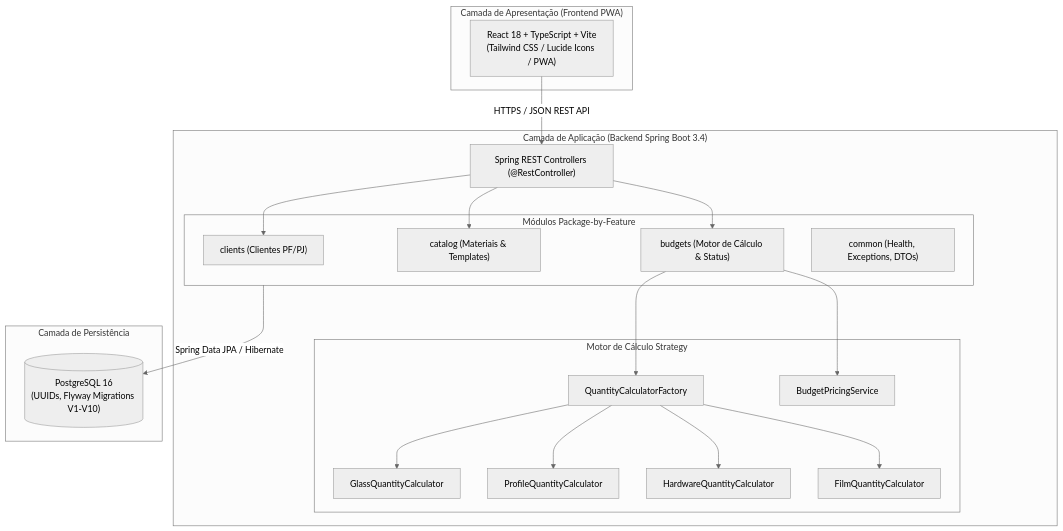
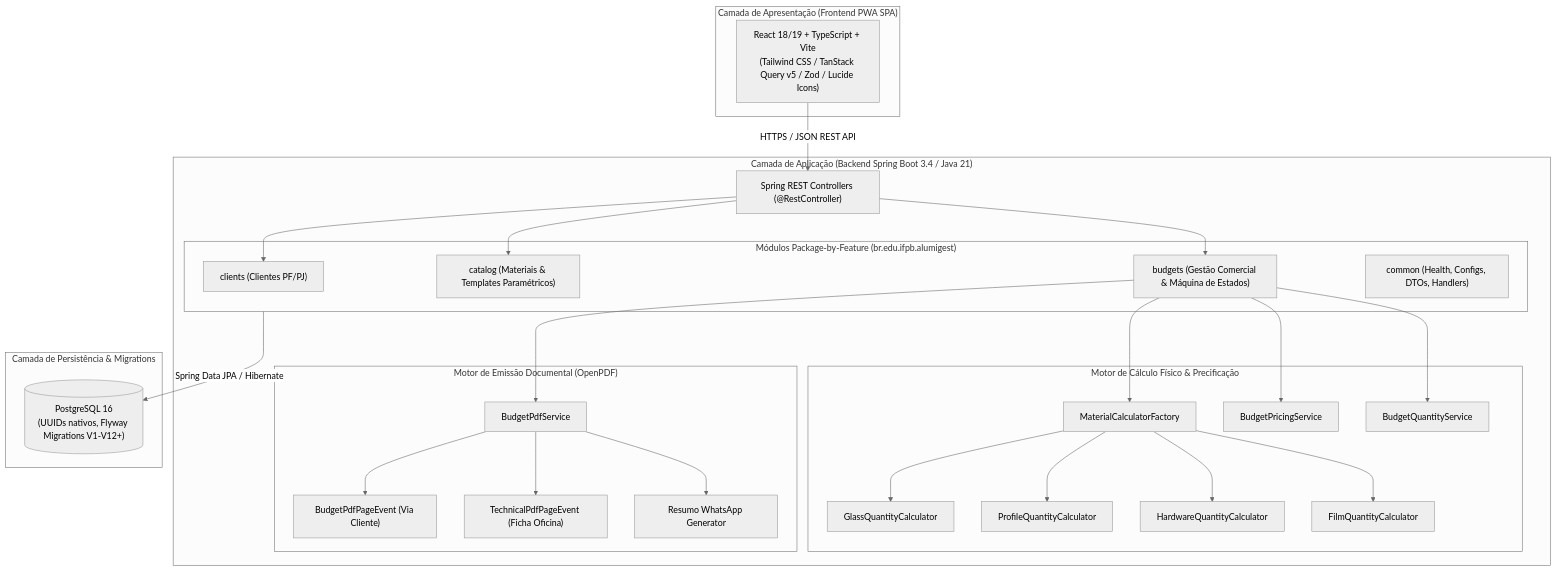
Before and after one commit to ADS-IFPB-SR/alumigest: the first of 2 diagrams in docs/sistema/001-analise-projeto/ARQ-Documento_de_Arquitetura.md, drawn with Mermaid (neutral theme). The commit also changed other lines of this file and 431 other files, not shown here.

````diff
--- a/docs/sistema/001-analise-projeto/ARQ-Documento_de_Arquitetura.md
+++ b/docs/sistema/001-analise-projeto/ARQ-Documento_de_Arquitetura.md
@@ -27,42 +29,55 @@
 ```mermaid
 graph TD
-    subgraph Cliente["Camada de Apresentação (Frontend PWA)"]
-        Browser["React 18 + TypeScript + Vite<br>(Tailwind CSS / Lucide Icons / PWA)"]
+    subgraph Cliente["Camada de Apresentação (Frontend PWA SPA)"]
+        Browser["React 18/19 + TypeScript + Vite<br>(Tailwind CSS / TanStack Query v5 / Zod / Lucide Icons)"]
     end
 
-    subgraph Servidor["Camada de Aplicação (Backend Spring Boot 3.4)"]
+    subgraph Servidor["Camada de Aplicação (Backend Spring Boot 3.4 / Java 21)"]
         API["Spring REST Controllers (@RestController)"]
         
-        subgraph Modulos["Módulos Package-by-Feature"]
+        subgraph Modulos["Módulos Package-by-Feature (br.edu.ifpb.alumigest)"]
             ClientsMod["clients (Clientes PF/PJ)"]
-            CatalogMod["catalog (Materiais & Templates)"]
-            BudgetsMod["budgets (Motor de Cálculo & Status)"]
-            CommonMod["common (Health, Exceptions, DTOs)"]
+            CatalogMod["catalog (Materiais & Templates Paramétricos)"]
+            BudgetsMod["budgets (Gestão Comercial & Máquina de Estados)"]
+            CommonMod["common (Health, Configs, DTOs, Handlers)"]
         end
         
-        subgraph MotorCalculo["Motor de Cálculo Strategy"]
-            CalcFactory["QuantityCalculatorFactory"]
+        subgraph MotorCalculo["Motor de Cálculo Físico & Precificação"]
+            CalcFactory["MaterialCalculatorFactory"]
             GlassCalc["GlassQuantityCalculator"]
             ProfileCalc["ProfileQuantityCalculator"]
             HardwareCalc["HardwareQuantityCalculator"]
             FilmCalc["FilmQuantityCalculator"]
             PricingSvc["BudgetPricingService"]
+            QtySvc["BudgetQuantityService"]
+        end
+
+        subgraph MotorPDF["Motor de Emissão Documental (OpenPDF)"]
+            PdfSvc["BudgetPdfService"]
+            ComercialEvent["BudgetPdfPageEvent (Via Cliente)"]
+            TecnicoEvent["TechnicalPdfPageEvent (Ficha Oficina)"]
+            WhatsSvc["Resumo WhatsApp Generator"]
         end
     end
 
-    subgraph Banco["Camada de Persistência"]
-        Postgres[("PostgreSQL 16<br>(UUIDs, Flyway Migrations V1-V10)")]
+    subgraph Banco["Camada de Persistência & Migrations"]
+        Postgres[("PostgreSQL 16<br>(UUIDs nativos, Flyway Migrations V1-V12+)")]
     end
 
     Browser -->|HTTPS / JSON REST API| API
     API --> ClientsMod
     API --> CatalogMod
     API --> BudgetsMod
     BudgetsMod --> CalcFactory
     CalcFactory --> GlassCalc
     CalcFactory --> ProfileCalc
     CalcFactory --> HardwareCalc
     CalcFactory --> FilmCalc
     BudgetsMod --> PricingSvc
+    BudgetsMod --> QtySvc
+    BudgetsMod --> PdfSvc
+    PdfSvc --> ComercialEvent
+    PdfSvc --> TecnicoEvent
+    PdfSvc --> WhatsSvc
     Modulos -->|Spring Data JPA / Hibernate| Postgres
 ```
````
